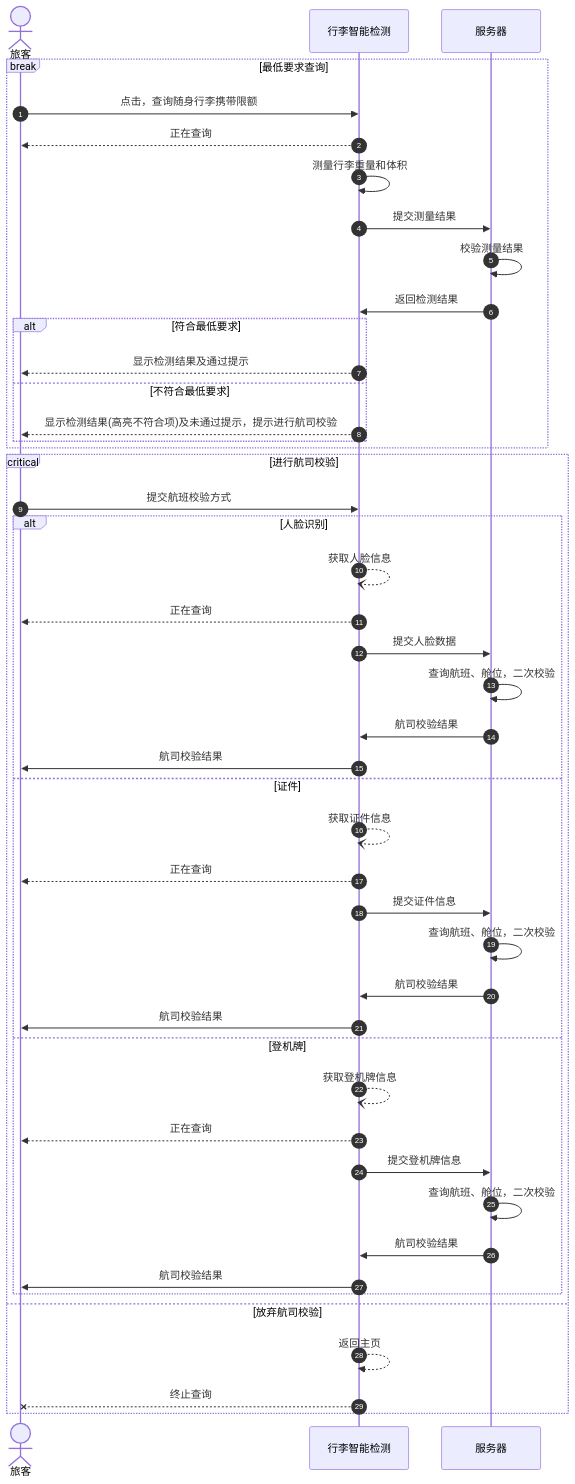
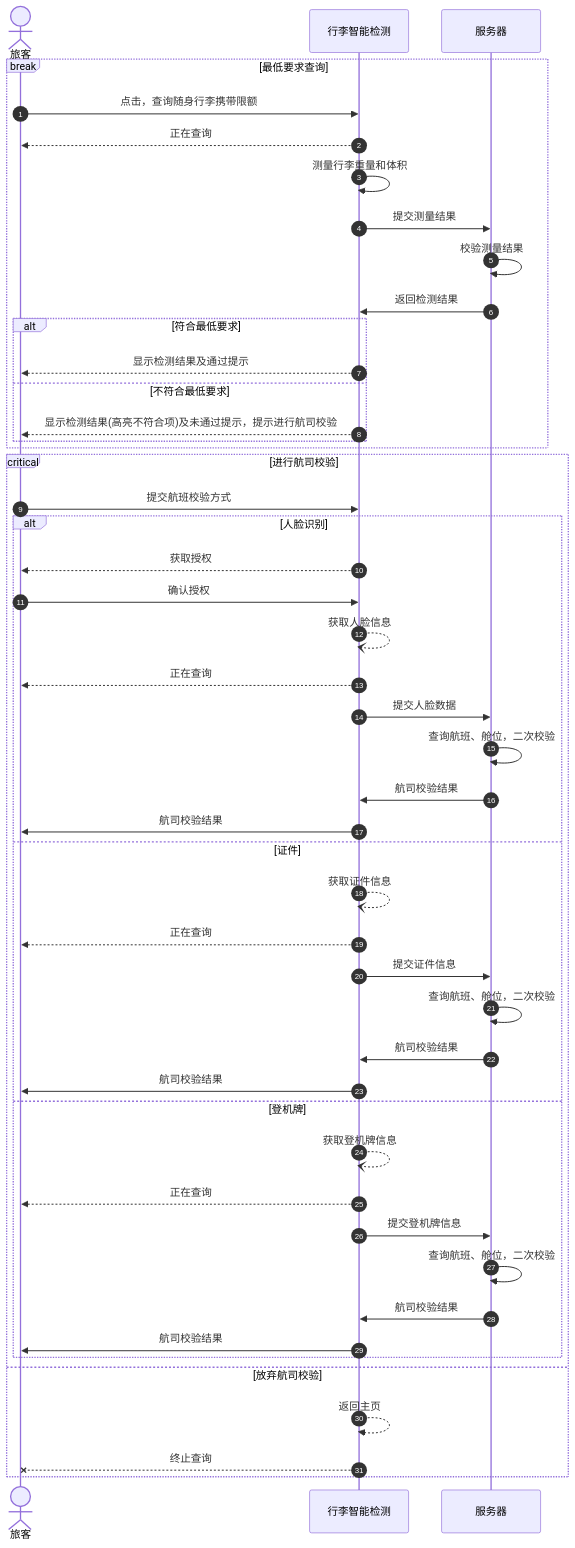
The second of 3 diagrams in gallery/baggage_measurer.md (changweihua/changweihua.github.io), drawn with Mermaid before and after one commit. The commit also changed other lines of this file and 95 other files, not shown here.

````diff
--- a/gallery/baggage_measurer.md
+++ b/gallery/baggage_measurer.md
@@ -30,51 +50,53 @@
 ```mermaid
   sequenceDiagram
     actor A as 旅客
     participant B as 行李智能检测
     participant C as 服务器
 
     autonumber
 
     break 最低要求查询
     A ->> B: 点击，查询随身行李携带限额
     B -->> A: 正在查询
     B ->> B: 测量行李重量和体积
     B ->> C: 提交测量结果
     C ->> C: 校验测量结果
     C ->> B: 返回检测结果
       alt 符合最低要求
       B -->> A: 显示检测结果及通过提示
       else 不符合最低要求
       B -->> A: 显示检测结果(高亮不符合项)及未通过提示，提示进行航司校验
       end
     end
     
     critical 进行航司校验
       A ->> B: 提交航班校验方式
       alt 人脸识别
+        B -->> A: 获取授权
+        A ->> B: 确认授权
         B --) B: 获取人脸信息
         B -->> A: 正在查询
         B ->> C: 提交人脸数据
         C ->> C: 查询航班、舱位，二次校验
         C ->> B: 航司校验结果
         B ->> A: 航司校验结果
       else 证件
         B --) B: 获取证件信息
         B -->> A: 正在查询
         B ->> C: 提交证件信息
         C ->> C: 查询航班、舱位，二次校验
         C ->> B: 航司校验结果
         B ->> A: 航司校验结果
       else 登机牌
         B --) B: 获取登机牌信息
         B -->> A: 正在查询
         B ->> C: 提交登机牌信息
         C ->> C: 查询航班、舱位，二次校验
         C ->> B: 航司校验结果
         B ->> A: 航司校验结果
       end
     option 放弃航司校验
       B -->> B: 返回主页
       B --x A: 终止查询
     end
 ```
````
